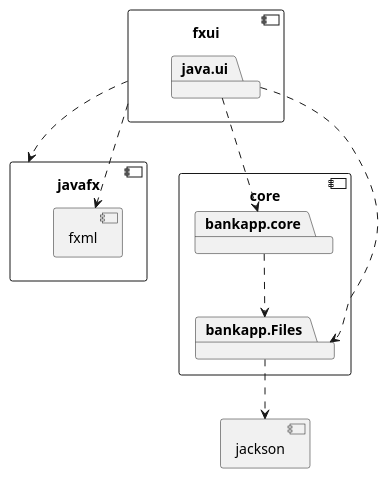
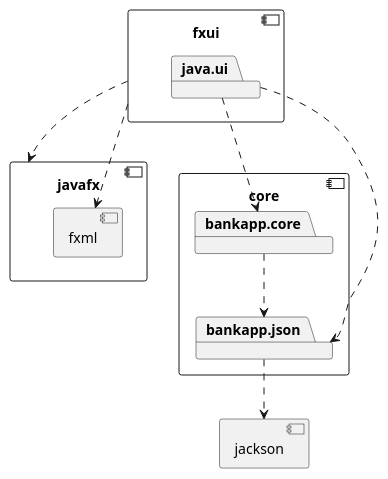
One commit to Nathaniavm/ITP changed the diagram in bankapp/architecture.puml. Above: the diagram before and after it, drawn with PlantUML. The commit also changed 4 other files, not shown here.

```diff
--- a/bankapp/architecture.puml
+++ b/bankapp/architecture.puml
@@ -1,29 +1,29 @@
 @startuml
 
 component core {
     package bankapp.core
-    package bankapp.Files
+    package bankapp.json
 }
 
-bankapp.core ..> bankapp.Files
+bankapp.core ..> bankapp.json
 component jackson {
 }
 
 
 component fxui {
     package java.ui
 }
 
 java.ui ..> bankapp.core
-java.ui ..> bankapp.Files
-bankapp.Files ..> jackson
+java.ui ..> bankapp.json
+bankapp.json ..> jackson
 
 component javafx {
     component fxml
 }
 
 fxui ..> javafx
 fxui ..> fxml
 
 
 @enduml
```
